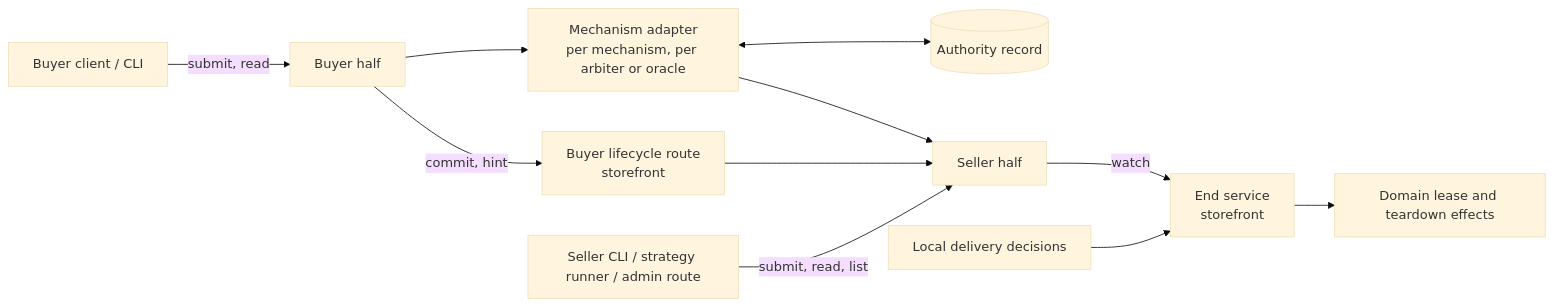
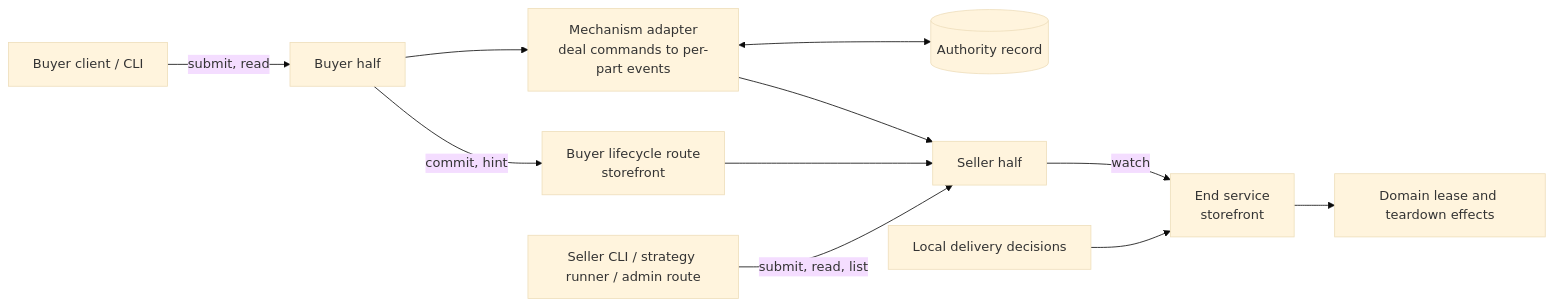
One commit to arkhai-io/simple-compute-market changed the first of 2 diagrams in openspec/changes/agreed-evidence-and-early-termination/design.md. Above: the diagram before and after it, drawn with Mermaid (base theme). The commit also changed other lines of this file and 13 other files, not shown here.

````diff
--- a/openspec/changes/agreed-evidence-and-early-termination/design.md
+++ b/openspec/changes/agreed-evidence-and-early-termination/design.md
@@ -112,13 +134,13 @@
 ```mermaid
 flowchart LR
     BC[Buyer client / CLI] -->|submit, read| BH[Buyer half]
-    BH --> AD[Mechanism adapter<br/>per mechanism, per arbiter or oracle]
+    BH --> AD[Mechanism adapter<br/>deal commands to per-part events]
     BH -->|commit, hint| LR[Buyer lifecycle route<br/>storefront]
     AD <--> AU[(Authority record)]
     AD --> SH[Seller half]
     SH -->|watch| ES[End service<br/>storefront]
     LR --> SH
     SC[Seller CLI / strategy runner / admin route] -->|submit, read, list| SH
     LD[Local delivery decisions] --> ES
     ES --> DP[Domain lease and teardown effects]
 ```
````
